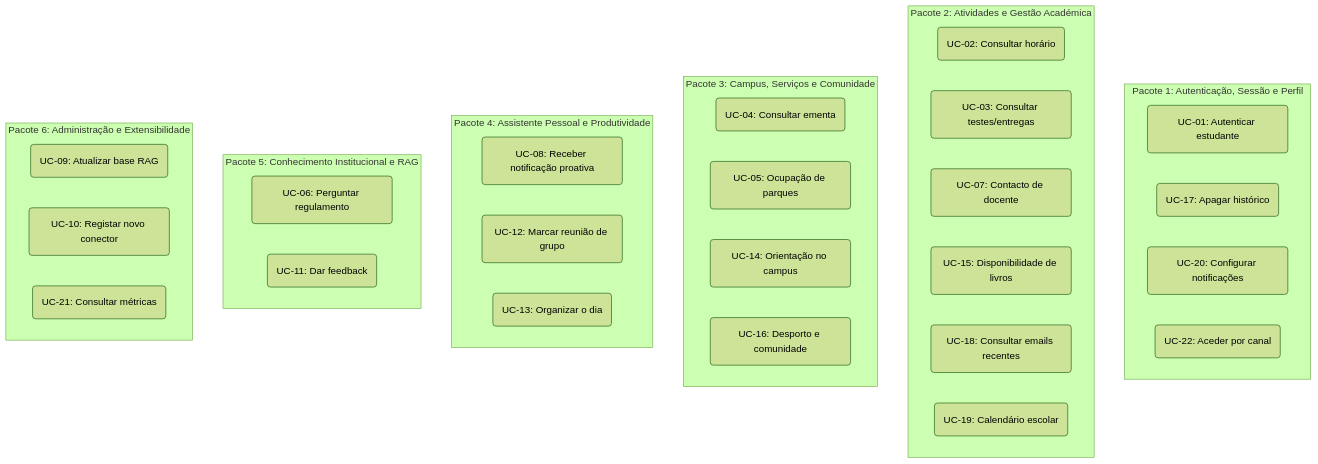
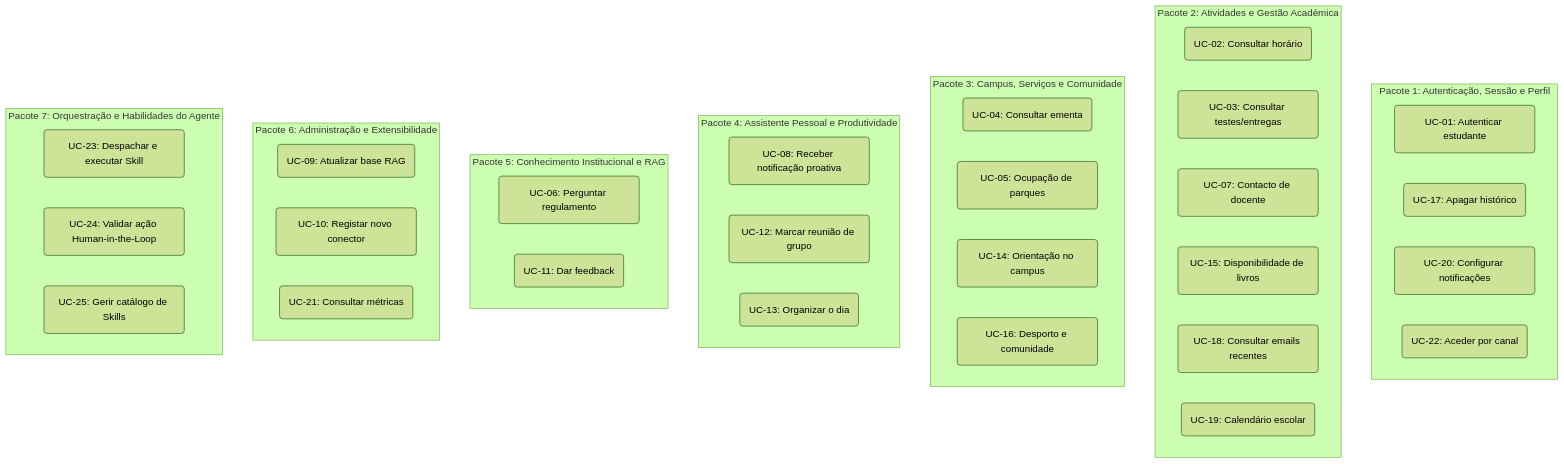
Before and after one commit to DetiBuddy/DetiBuddySite: the second of 2 diagrams in documentacao/requisitos/DetiBuddy_Actors_User_Stories_e_Use_Cases.md, drawn with Mermaid (forest theme). The commit also changed other lines of this file and 14 other files, not shown here.

````diff
--- a/documentacao/requisitos/DetiBuddy_Actors_User_Stories_e_Use_Cases.md
+++ b/documentacao/requisitos/DetiBuddy_Actors_User_Stories_e_Use_Cases.md
@@ -189,42 +201,48 @@
 ```mermaid
 graph TD
     subgraph PKG-1 [Pacote 1: Autenticação, Sessão e Perfil]
         UC01(UC-01: Autenticar estudante)
         UC17(UC-17: Apagar histórico)
         UC20(UC-20: Configurar notificações)
         UC22(UC-22: Aceder por canal)
     end
 
     subgraph PKG-2 [Pacote 2: Atividades e Gestão Académica]
         UC02(UC-02: Consultar horário)
         UC03(UC-03: Consultar testes/entregas)
         UC07(UC-07: Contacto de docente)
         UC15(UC-15: Disponibilidade de livros)
         UC18(UC-18: Consultar emails recentes)
         UC19(UC-19: Calendário escolar)
     end
 
     subgraph PKG-3 [Pacote 3: Campus, Serviços e Comunidade]
         UC04(UC-04: Consultar ementa)
         UC05(UC-05: Ocupação de parques)
         UC14(UC-14: Orientação no campus)
         UC16(UC-16: Desporto e comunidade)
     end
 
     subgraph PKG-4 [Pacote 4: Assistente Pessoal e Produtividade]
         UC08(UC-08: Receber notificação proativa)
         UC12(UC-12: Marcar reunião de grupo)
         UC13(UC-13: Organizar o dia)
     end
 
     subgraph PKG-5 [Pacote 5: Conhecimento Institucional e RAG]
         UC06(UC-06: Perguntar regulamento)
         UC11(UC-11: Dar feedback)
     end
 
     subgraph PKG-6 [Pacote 6: Administração e Extensibilidade]
         UC09(UC-09: Atualizar base RAG)
         UC10(UC-10: Registar novo conector)
         UC21(UC-21: Consultar métricas)
     end
+
+    subgraph PKG-7 [Pacote 7: Orquestração e Habilidades do Agente]
+        UC23(UC-23: Despachar e executar Skill)
+        UC24(UC-24: Validar ação Human-in-the-Loop)
+        UC25(UC-25: Gerir catálogo de Skills)
+    end
 ```
````
